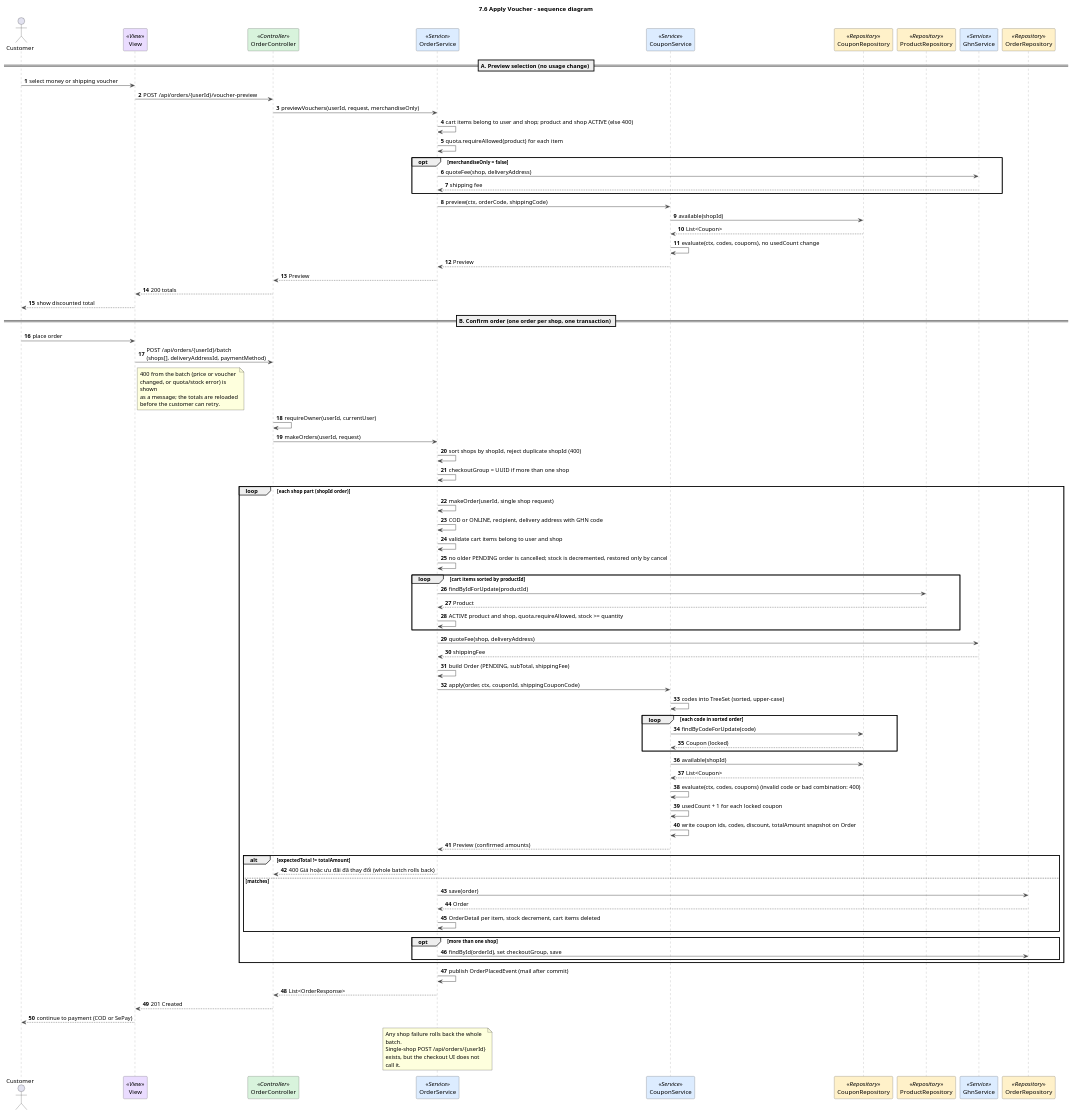
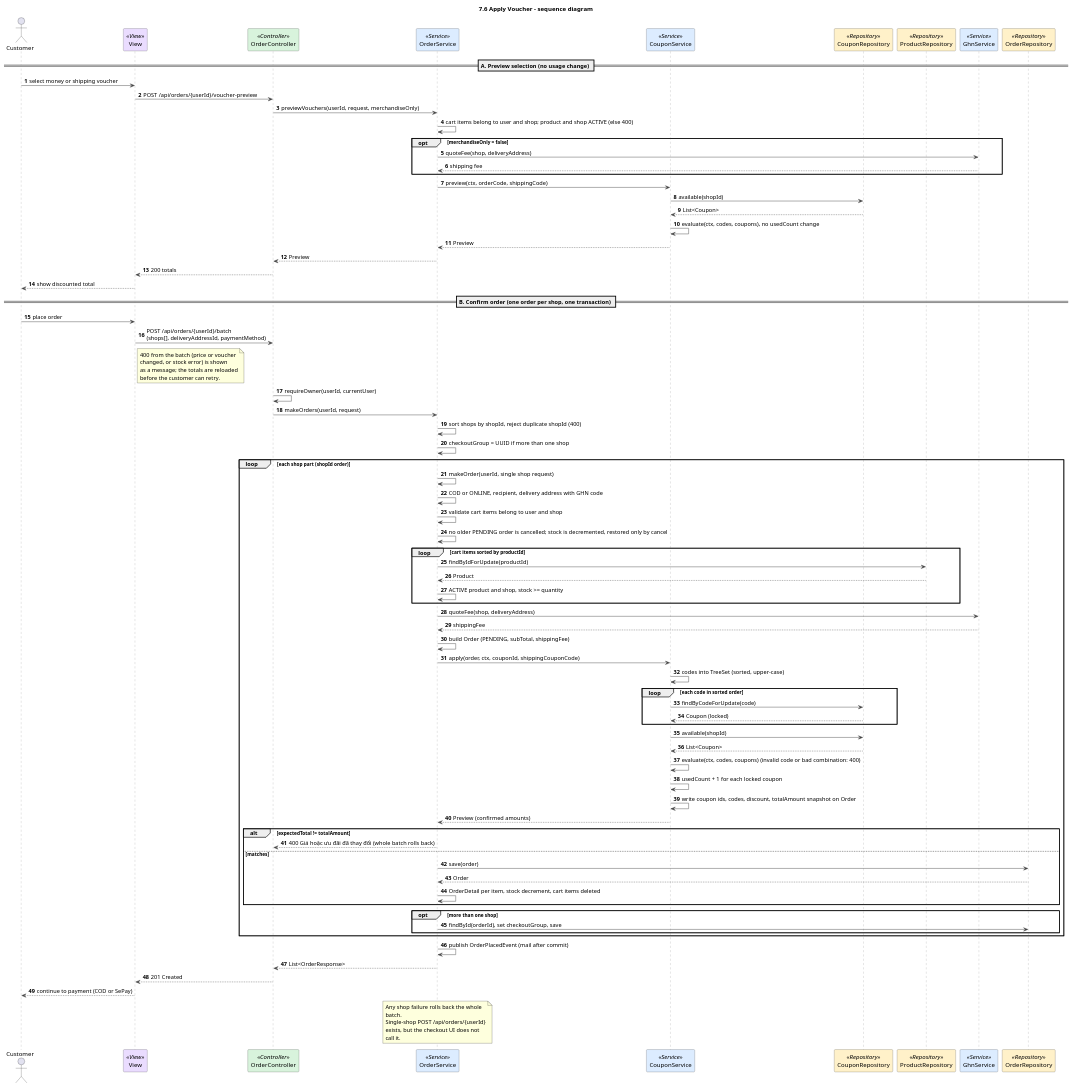
One commit to duckpao/FlowerShop_SWP391 changed the diagram in docs/sds/7.6-apply-voucher-sequence.puml. Above: the diagram before and after it, drawn with PlantUML. The commit also changed 142 other files, not shown here.

```diff
--- a/docs/sds/7.6-apply-voucher-sequence.puml
+++ b/docs/sds/7.6-apply-voucher-sequence.puml
@@ -1,103 +1,102 @@
 @startuml
 title 7.6 Apply Voucher - sequence diagram
 autonumber
 skinparam shadowing false
 skinparam defaultFontName Arial
 skinparam wrapWidth 240
 skinparam ArrowColor #444444
 skinparam sequenceMessageAlign left
 skinparam sequence {
   LifeLineBorderColor #888888
   ParticipantBorderColor #444444
   ParticipantBackgroundColor #FFFFFF
 }
 
 actor Customer as U
 participant "View" as V <<View>> #EADCFF
 participant OrderController as C <<Controller>> #D8F3DC
 participant OrderService as S <<Service>> #DCECFF
 participant CouponService as CS <<Service>> #DCECFF
 participant CouponRepository as CR <<Repository>> #FFF1C9
 participant ProductRepository as PR <<Repository>> #FFF1C9
 participant GhnService as GHN <<Service>> #DCECFF
 participant OrderRepository as OR <<Repository>> #FFF1C9
 
 == A. Preview selection (no usage change) ==
 U -> V : select money or shipping voucher
 V -> C : POST /api/orders/{userId}/voucher-preview
 C -> S : previewVouchers(userId, request, merchandiseOnly)
 S -> S : cart items belong to user and shop; product and shop ACTIVE (else 400)
-S -> S : quota.requireAllowed(product) for each item
 opt merchandiseOnly = false
   S -> GHN : quoteFee(shop, deliveryAddress)
   GHN --> S : shipping fee
 end
 S -> CS : preview(ctx, orderCode, shippingCode)
 CS -> CR : available(shopId)
 CR --> CS : List<Coupon>
 CS -> CS : evaluate(ctx, codes, coupons), no usedCount change
 CS --> S : Preview
 S --> C : Preview
 C --> V : 200 totals
 V --> U : show discounted total
 
 == B. Confirm order (one order per shop, one transaction) ==
 U -> V : place order
 V -> C : POST /api/orders/{userId}/batch\n(shops[], deliveryAddressId, paymentMethod)
 note right of V
-  400 from the batch (price or voucher changed, or quota/stock error) is shown
+  400 from the batch (price or voucher changed, or stock error) is shown
   as a message; the totals are reloaded before the customer can retry.
 end note
 C -> C : requireOwner(userId, currentUser)
 C -> S : makeOrders(userId, request)
 S -> S : sort shops by shopId, reject duplicate shopId (400)
 S -> S : checkoutGroup = UUID if more than one shop
 
 loop each shop part (shopId order)
   S -> S : makeOrder(userId, single shop request)
   S -> S : COD or ONLINE, recipient, delivery address with GHN code
   S -> S : validate cart items belong to user and shop
   S -> S : no older PENDING order is cancelled; stock is decremented, restored only by cancel
   loop cart items sorted by productId
     S -> PR : findByIdForUpdate(productId)
     PR --> S : Product
-    S -> S : ACTIVE product and shop, quota.requireAllowed, stock >= quantity
+    S -> S : ACTIVE product and shop, stock >= quantity
   end
   S -> GHN : quoteFee(shop, deliveryAddress)
   GHN --> S : shippingFee
   S -> S : build Order (PENDING, subTotal, shippingFee)
   S -> CS : apply(order, ctx, couponId, shippingCouponCode)
   CS -> CS : codes into TreeSet (sorted, upper-case)
   loop each code in sorted order
     CS -> CR : findByCodeForUpdate(code)
     CR --> CS : Coupon (locked)
   end
   CS -> CR : available(shopId)
   CR --> CS : List<Coupon>
   CS -> CS : evaluate(ctx, codes, coupons) (invalid code or bad combination: 400)
   CS -> CS : usedCount + 1 for each locked coupon
   CS -> CS : write coupon ids, codes, discount, totalAmount snapshot on Order
   CS --> S : Preview (confirmed amounts)
   alt expectedTotal != totalAmount
     S --> C : 400 Giá hoặc ưu đãi đã thay đổi (whole batch rolls back)
   else matches
     S -> OR : save(order)
     OR --> S : Order
     S -> S : OrderDetail per item, stock decrement, cart items deleted
   end
   opt more than one shop
     S -> OR : findById(orderId), set checkoutGroup, save
   end
 end
 
 S -> S : publish OrderPlacedEvent (mail after commit)
 S --> C : List<OrderResponse>
 C --> V : 201 Created
 V --> U : continue to payment (COD or SePay)
 
 note over S
   Any shop failure rolls back the whole batch.
   Single-shop POST /api/orders/{userId} exists, but the checkout UI does not call it.
 end note
 
 @enduml
```
